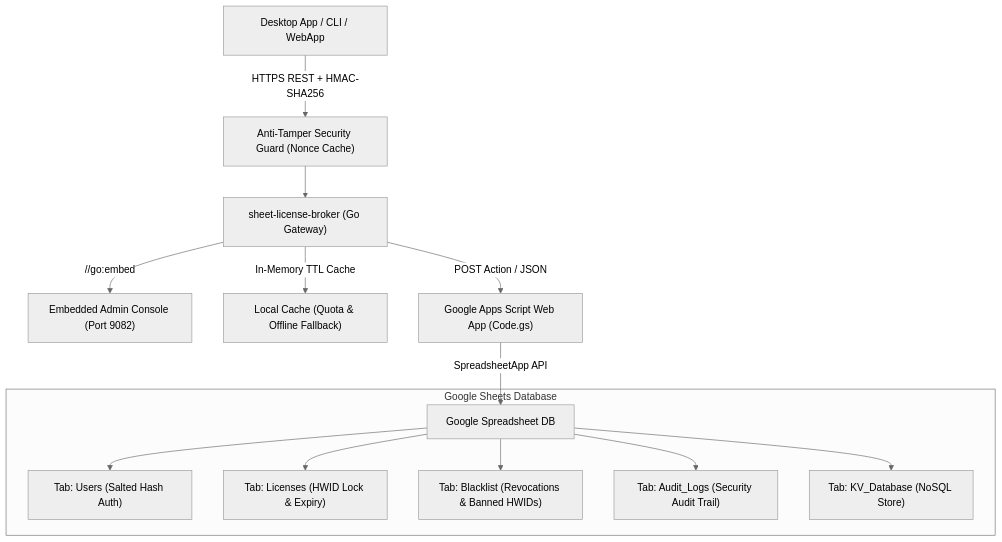
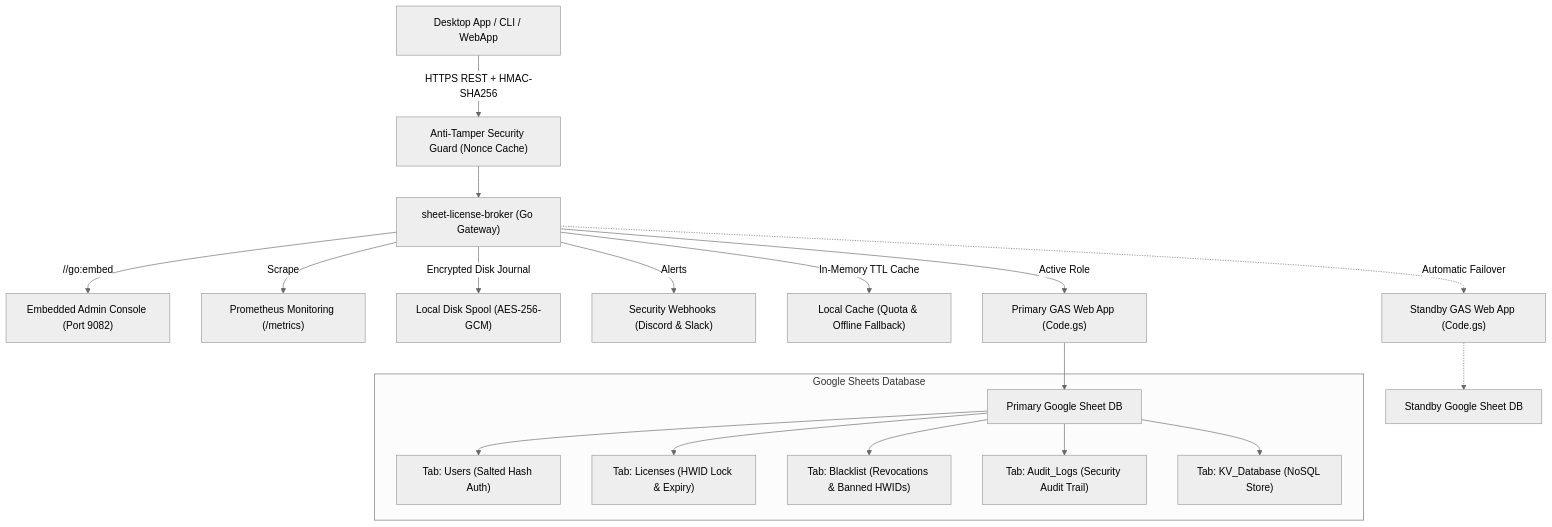
Before and after one commit to kLauncher1/sheet-license-broker: the diagram in README.md, drawn with Mermaid (neutral theme). The commit also changed other lines of this file and 23 other files, not shown here.

Commit message:
feat: implement dual-sheet high-availability replication, encrypted fallback spool, and prometheus metrics

````diff
--- a/README.md
+++ b/README.md
@@ -43,17 +49,22 @@
 ```mermaid
 flowchart TD
     Client["Desktop App / CLI / WebApp"] -->|HTTPS REST + HMAC-SHA256| Guard["Anti-Tamper Security Guard (Nonce Cache)"]
     Guard --> Broker["sheet-license-broker (Go Gateway)"]
     Broker -->|//go:embed| WebUI["Embedded Admin Console (Port 9082)"]
+    Broker -->|Scrape| Prom["Prometheus Monitoring (/metrics)"]
+    Broker -->|Encrypted Disk Journal| Spool["Local Disk Spool (AES-256-GCM)"]
+    Broker -->|Alerts| Alerts["Security Webhooks (Discord & Slack)"]
     Broker -->|In-Memory TTL Cache| Cache["Local Cache (Quota & Offline Fallback)"]
-    Broker -->|POST Action / JSON| GAS["Google Apps Script Web App (Code.gs)"]
-    GAS -->|SpreadsheetApp API| Sheets["Google Spreadsheet DB"]
+    Broker -->|Active Role| Primary["Primary GAS Web App (Code.gs)"]
+    Broker -.->|Automatic Failover| Standby["Standby GAS Web App (Code.gs)"]
+    Primary --> Sheets1["Primary Google Sheet DB"]
+    Standby -.-> Sheets2["Standby Google Sheet DB"]
 
     subgraph Google Sheets Database
-        Sheets --> Tab1["Tab: Users (Salted Hash Auth)"]
-        Sheets --> Tab2["Tab: Licenses (HWID Lock & Expiry)"]
-        Sheets --> Tab3["Tab: Blacklist (Revocations & Banned HWIDs)"]
-        Sheets --> Tab4["Tab: Audit_Logs (Security Audit Trail)"]
-        Sheets --> Tab5["Tab: KV_Database (NoSQL Store)"]
+        Sheets1 --> Tab1["Tab: Users (Salted Hash Auth)"]
+        Sheets1 --> Tab2["Tab: Licenses (HWID Lock & Expiry)"]
+        Sheets1 --> Tab3["Tab: Blacklist (Revocations & Banned HWIDs)"]
+        Sheets1 --> Tab4["Tab: Audit_Logs (Security Audit Trail)"]
+        Sheets1 --> Tab5["Tab: KV_Database (NoSQL Store)"]
     end
 ```
````
